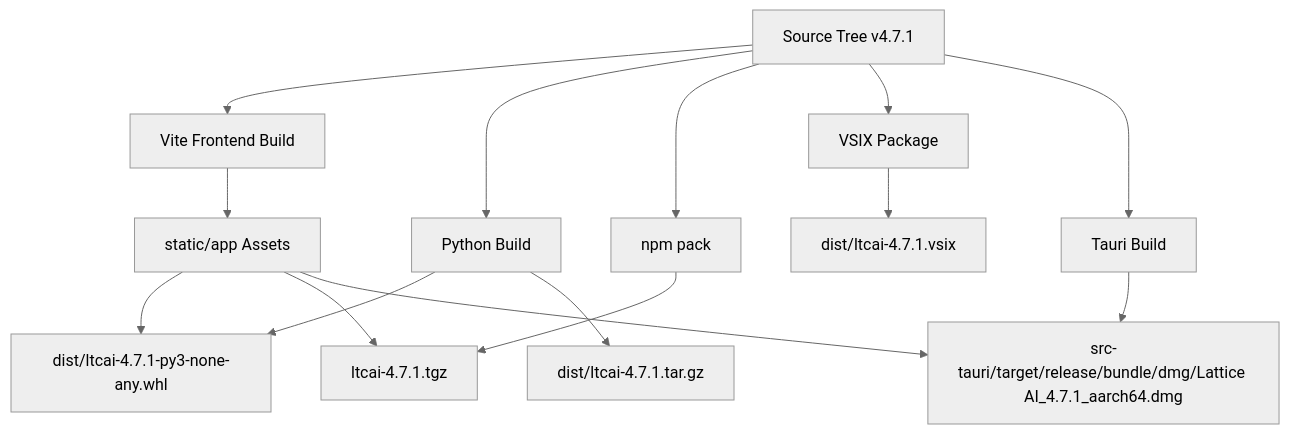
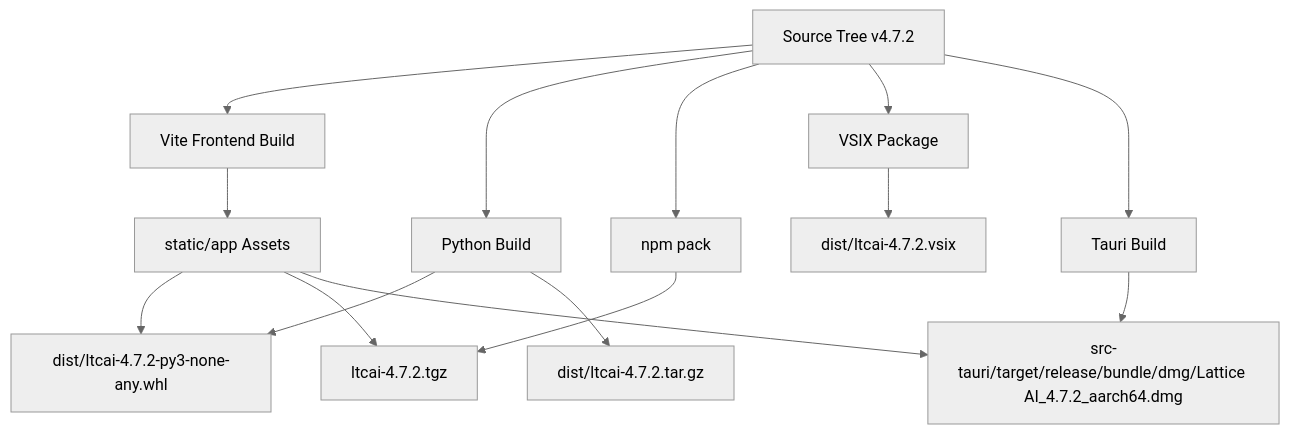
The tenth of 10 diagrams in ARCHITECTURE.md (TaeSooPark-PTS/LatticeAI), drawn with Mermaid (neutral theme) before and after one commit. The commit also changed other lines of this file and 51 other files, not shown here.

Commit message:
Release Lattice AI 4.7.2 intuitive Brain UX

````diff
--- a/ARCHITECTURE.md
+++ b/ARCHITECTURE.md
@@ -252,18 +259,18 @@
 ```mermaid
 flowchart TB
-  Source["Source Tree v4.7.1"] --> FrontendBuild["Vite Frontend Build"]
+  Source["Source Tree v4.7.2"] --> FrontendBuild["Vite Frontend Build"]
   Source --> PythonBuild["Python Build"]
   Source --> NpmPack["npm pack"]
   Source --> VsixBuild["VSIX Package"]
   Source --> TauriBuild["Tauri Build"]
 
   FrontendBuild --> StaticAssets["static/app Assets"]
-  PythonBuild --> Wheel["dist/ltcai-4.7.1-py3-none-any.whl"]
-  PythonBuild --> Sdist["dist/ltcai-4.7.1.tar.gz"]
-  NpmPack --> Tgz["ltcai-4.7.1.tgz"]
-  VsixBuild --> Vsix["dist/ltcai-4.7.1.vsix"]
-  TauriBuild --> Dmg["src-tauri/target/release/bundle/dmg/Lattice AI_4.7.1_aarch64.dmg"]
+  PythonBuild --> Wheel["dist/ltcai-4.7.2-py3-none-any.whl"]
+  PythonBuild --> Sdist["dist/ltcai-4.7.2.tar.gz"]
+  NpmPack --> Tgz["ltcai-4.7.2.tgz"]
+  VsixBuild --> Vsix["dist/ltcai-4.7.2.vsix"]
+  TauriBuild --> Dmg["src-tauri/target/release/bundle/dmg/Lattice AI_4.7.2_aarch64.dmg"]
   StaticAssets --> Wheel
   StaticAssets --> Tgz
   StaticAssets --> Dmg
 ```
````
